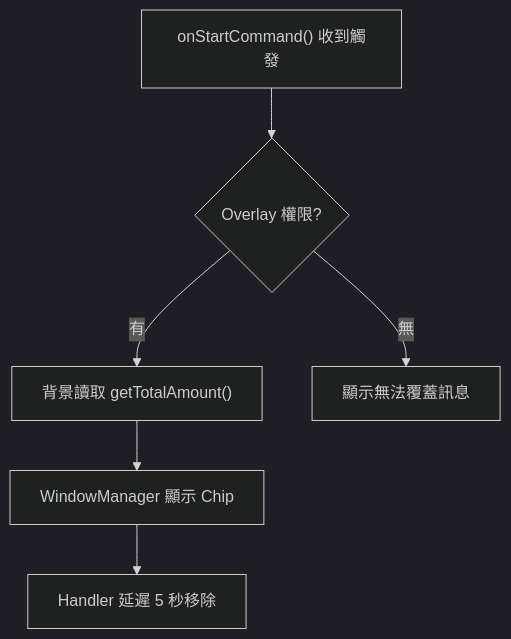
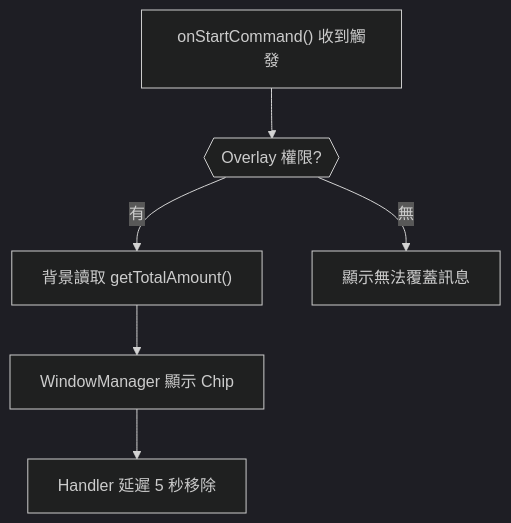
Diagram 11 of 26 in Grading_Criteria.md (Dao-you/SimplestBookAndroid), drawn with Mermaid (dark theme) before and after one commit. The commit also changed other lines of this file, not shown here.

````diff
--- a/Grading_Criteria.md
+++ b/Grading_Criteria.md
@@ -313,8 +303,8 @@
 ```mermaid
 flowchart TD
-    A["onStartCommand() 收到觸發"] --> B{"Overlay 權限?"}
+    A["onStartCommand() 收到觸發"] --> B{{"Overlay 權限?"}}
     B -->|"有"| C["背景讀取 getTotalAmount()"]
     B -->|"無"| D["顯示無法覆蓋訊息"]
     C --> E["WindowManager 顯示 Chip"]
     E --> F["Handler 延遲 5 秒移除"]
 ```
````
